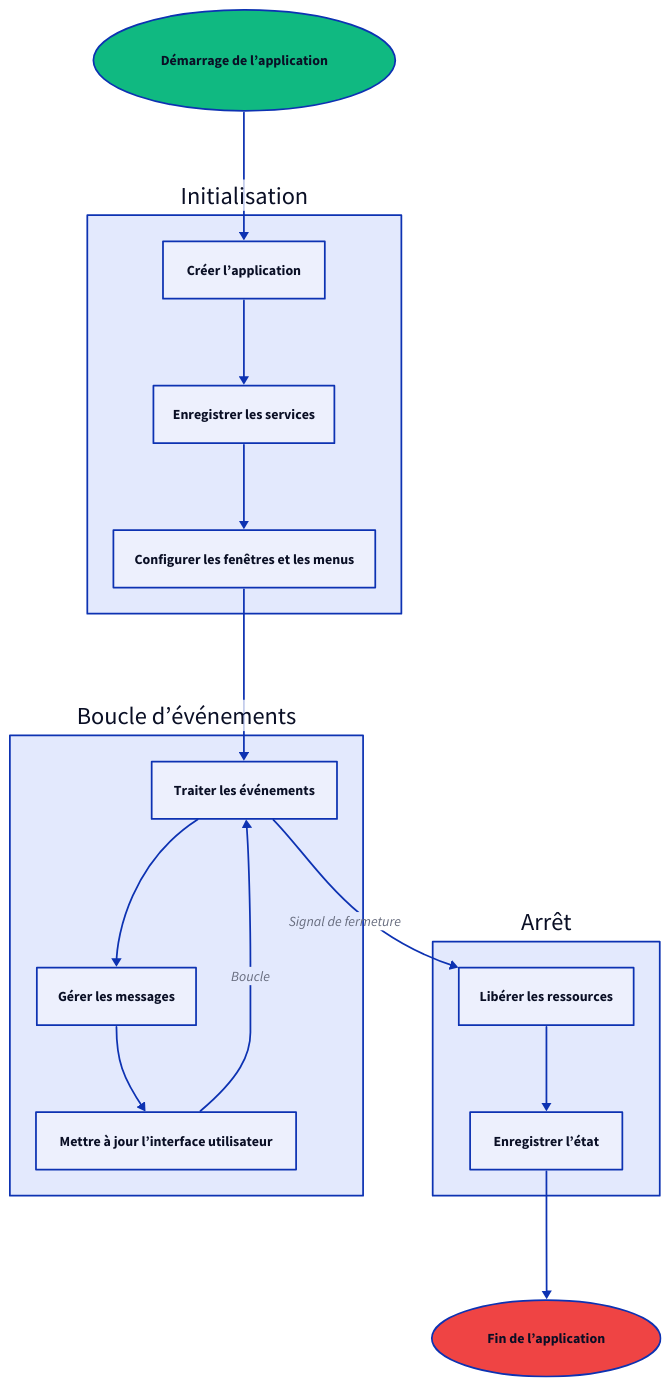
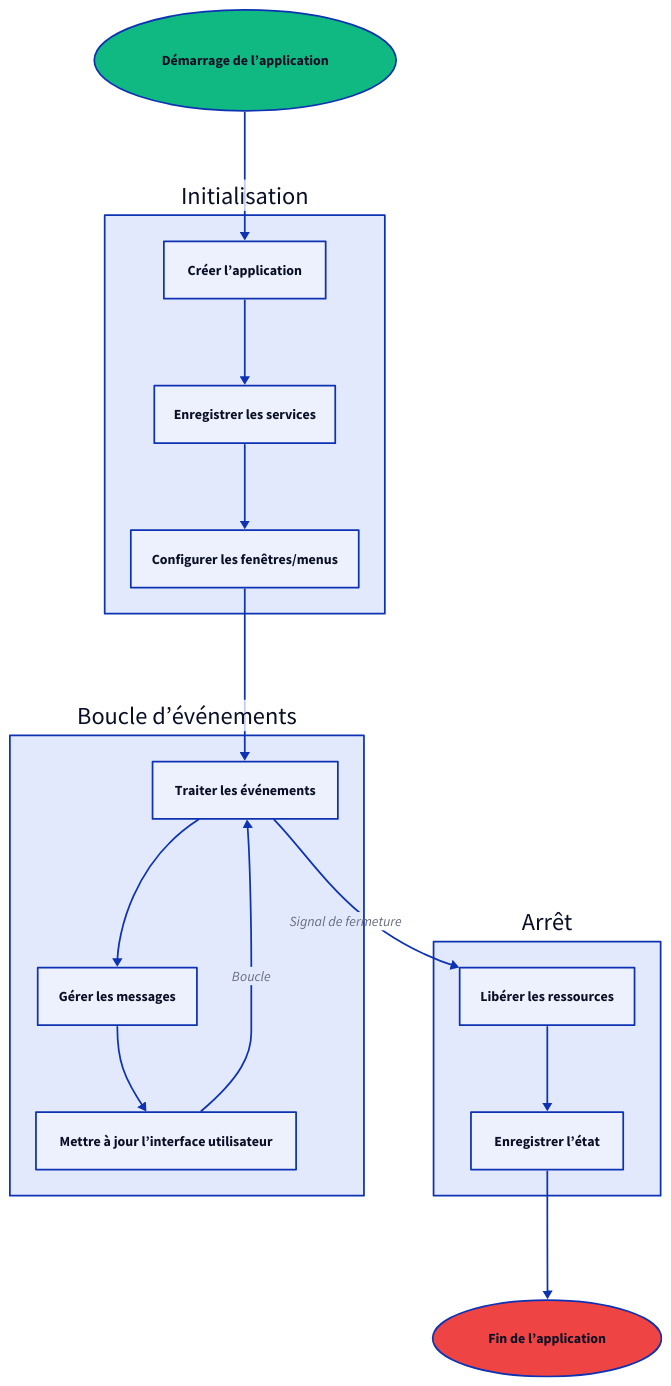
One commit to wailsapp/wails changed the fourth of 8 diagrams in docs/mpress/content/fr/concepts/architecture.md. Above: the diagram before and after it, drawn with D2. The commit also changed other lines of this file and 1096 other files, not shown here.

````diff
--- a/docs/mpress/content/fr/concepts/architecture.md
+++ b/docs/mpress/content/fr/concepts/architecture.md
@@ -258,62 +258,62 @@
 ```d2
 direction: down
 
 Start: Démarrage de l’application {
   shape: oval
   style.fill: "#10B981"
 }
 
 Init: Initialisation {
   Create: Créer l’application {
     shape: rectangle
   }
 
   Register: Enregistrer les services {
     shape: rectangle
   }
 
-  Setup: Configurer les fenêtres et les menus {
+  Setup: Configurer les fenêtres/menus {
     shape: rectangle
   }
 }
 
 Run: Boucle d’événements {
   Events: Traiter les événements {
     shape: rectangle
   }
 
   Messages: Gérer les messages {
     shape: rectangle
   }
 
   Render: Mettre à jour l’interface utilisateur {
     shape: rectangle
   }
 }
 
 Shutdown: Arrêt {
   Cleanup: Libérer les ressources {
     shape: rectangle
   }
 
   Save: Enregistrer l’état {
     shape: rectangle
   }
 }
 
 End: Fin de l’application {
   shape: oval
   style.fill: "#EF4444"
 }
 
 Start -> Init.Create
 Init.Create -> Init.Register
 Init.Register -> Init.Setup
 Init.Setup -> Run.Events
 Run.Events -> Run.Messages
 Run.Messages -> Run.Render
 Run.Render -> Run.Events: Boucle
 Run.Events -> Shutdown.Cleanup: Signal de fermeture
 Shutdown.Cleanup -> Shutdown.Save
 Shutdown.Save -> End
 ```
````
